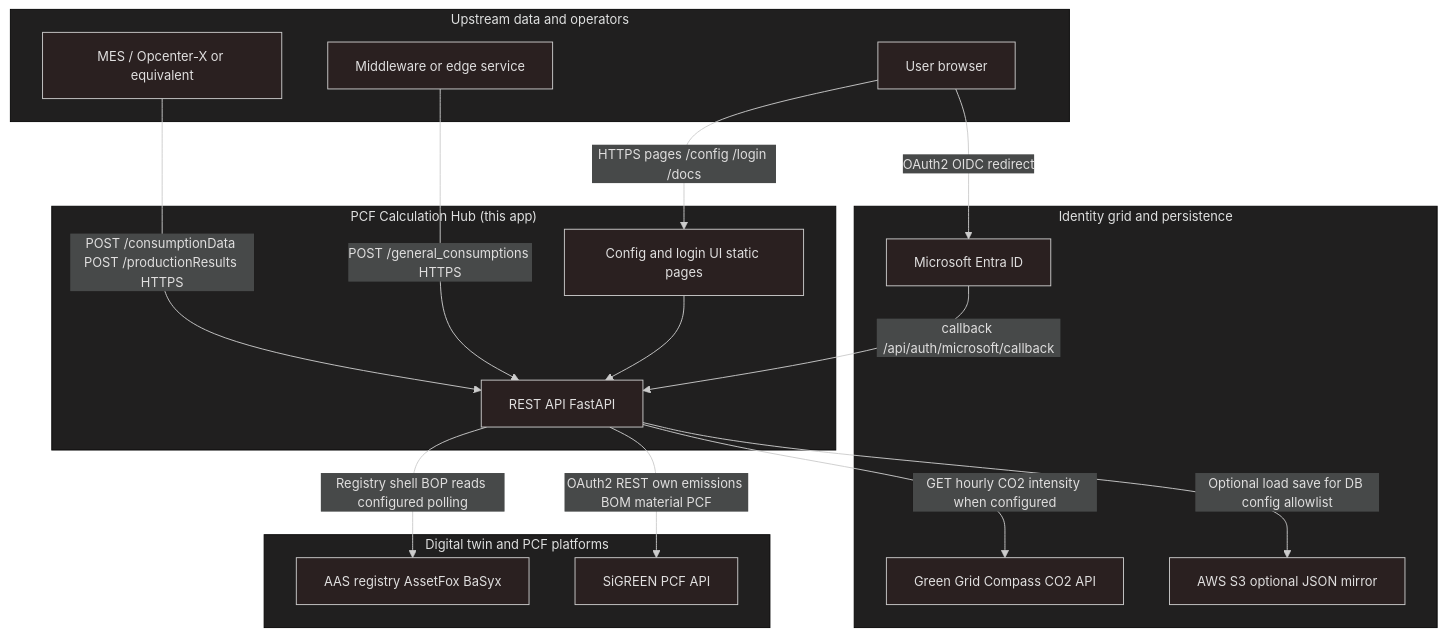
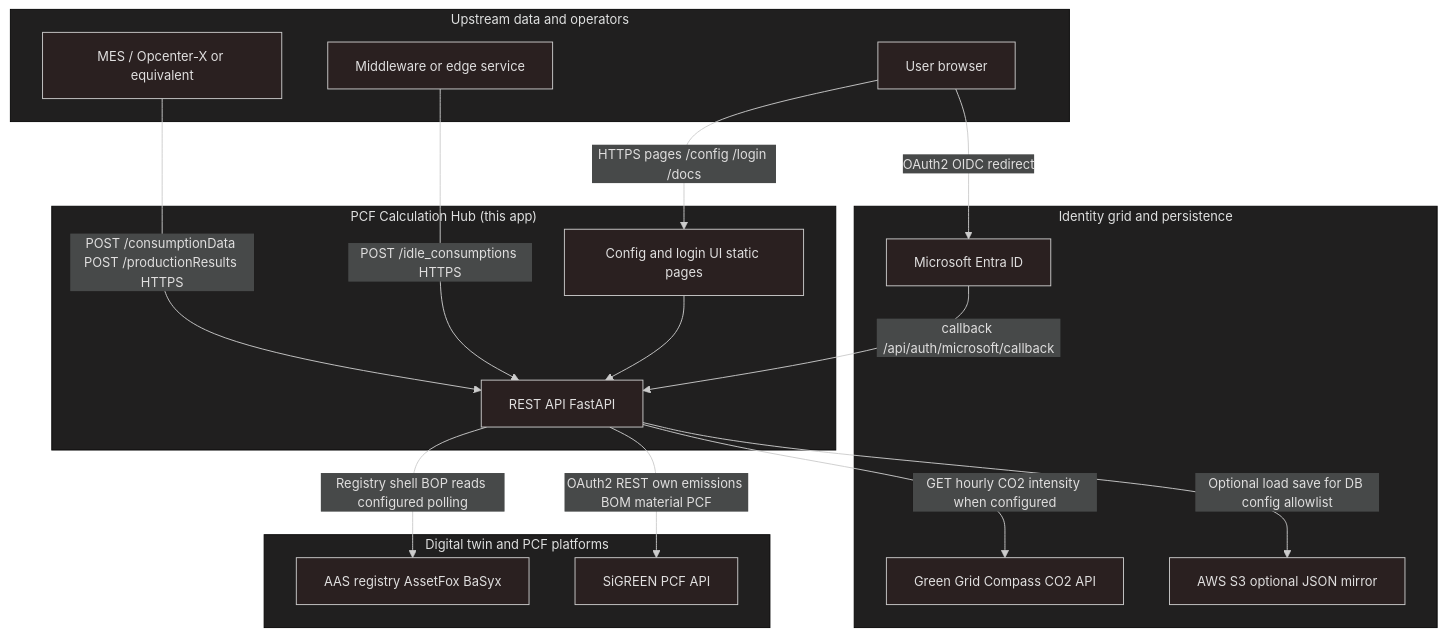
One commit to factory-x-contributions/PCF_Calculation_Hub changed the diagram in docs/diagrams/PCF_Hub_external_communications.mmd. Above: the diagram before and after it, drawn with Mermaid. The commit also changed 22 other files, not shown here.

```diff
--- a/docs/diagrams/PCF_Hub_external_communications.mmd
+++ b/docs/diagrams/PCF_Hub_external_communications.mmd
@@ -1,44 +1,44 @@
 ---
 config:
   theme: neo-dark
   look: classic
 ---
 
 %% PCF Calculation Hub — outbound/inbound communication with other systems
 %% Render in Mermaid-compatible viewers, GitHub, or docs tooling.
 
 flowchart TB
     subgraph producers [Upstream data and operators]
         MES["MES / Opcenter-X or equivalent"]
         MW["Middleware or edge service"]
         UAG["User browser"]
     end
 
     subgraph hub ["PCF Calculation Hub (this app)"]
         REST["REST API FastAPI"]
         CFG["Config and login UI static pages"]
     end
 
     subgraph digitalTwin [Digital twin and PCF platforms]
         AAS["AAS registry AssetFox BaSyx"]
         SG["SiGREEN PCF API"]
     end
 
     subgraph identityAndData [Identity grid and persistence]
         ENT["Microsoft Entra ID"]
         GGC["Green Grid Compass CO2 API"]
         S3["AWS S3 optional JSON mirror"]
     end
 
     MES -->|"POST /consumptionData POST /productionResults HTTPS"| REST
-    MW -->|"POST /general_consumptions HTTPS"| REST
+    MW -->|"POST /idle_consumptions HTTPS"| REST
 
     UAG -->|"HTTPS pages /config /login /docs"| CFG
     CFG --> REST
     UAG -->|"OAuth2 OIDC redirect"| ENT
     ENT -->|"callback /api/auth/microsoft/callback"| REST
 
     REST -->|"Registry shell BOP reads configured polling"| AAS
     REST -->|"OAuth2 REST own emissions BOM material PCF"| SG
     REST -->|"GET hourly CO2 intensity when configured"| GGC
     REST -->|"Optional load save for DB config allowlist"| S3
```
